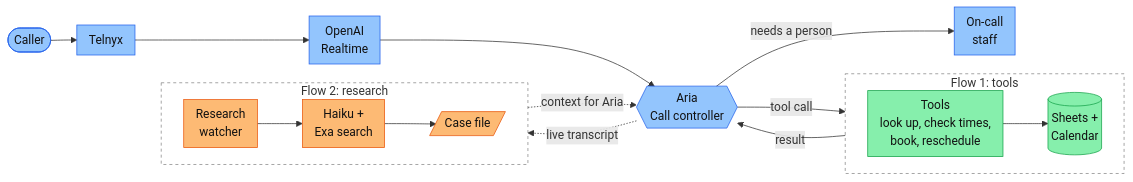
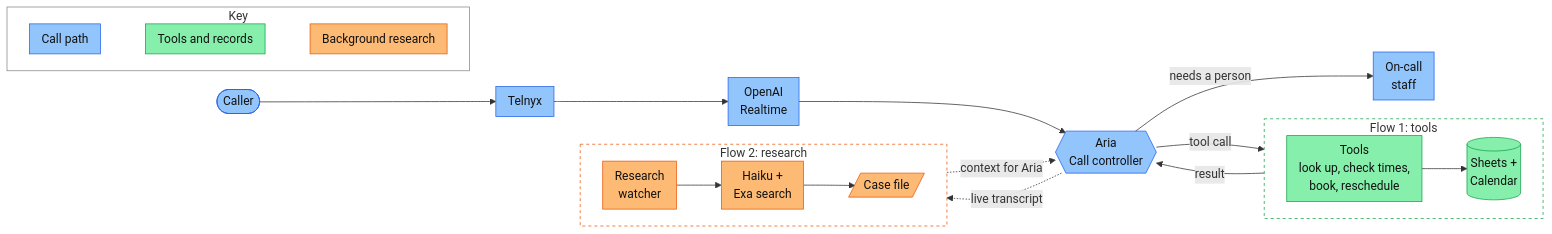
The diagram in README.md (sinmi-hub/SummitAir), drawn with Mermaid before and after one commit.

Commit message:
fix: add a color key to the README diagram
- Key names the three colors: call path, tools and records, background research
- Flow lanes are outlined in their own color

````diff
--- a/README.md
+++ b/README.md
@@ -21,31 +21,40 @@
 ```mermaid
 %%{init: {"flowchart": {"curve": "basis", "nodeSpacing": 25, "rankSpacing": 35, "padding": 8}}}%%
 flowchart LR
   Caller(["Caller"]) --> Telnyx["Telnyx"] --> OpenAI["OpenAI<br/>Realtime"] --> Core{{"Aria<br/>Call controller"}}
 
   subgraph Flow1["Flow 1: tools"]
     direction LR
     Tools["Tools<br/>look up, check times,<br/>book, reschedule"] --> Records[("Sheets +<br/>Calendar")]
   end
 
   subgraph Flow2["Flow 2: research"]
     direction LR
     Watcher["Research<br/>watcher"] --> Search["Haiku +<br/>Exa search"] --> Case[/"Case file"/]
   end
 
   Core -->|"tool call"| Tools
   Core -.->|"live transcript"| Watcher
   Records -->|"result"| Core
   Case -.->|"context for Aria"| Core
   Core -->|"needs a person"| Human["On-call<br/>staff"]
 
   classDef voice fill:#93c5fd,stroke:#2563eb,color:#111
   classDef tools fill:#86efac,stroke:#16a34a,color:#111
   classDef research fill:#fdba74,stroke:#ea580c,color:#111
   class Caller,Telnyx,OpenAI,Core,Human voice
   class Tools,Records tools
   class Watcher,Search,Case research
 
-  style Flow1 fill:transparent,stroke:#888,stroke-dasharray:4 4
-  style Flow2 fill:transparent,stroke:#888,stroke-dasharray:4 4
+  subgraph Key["Key"]
+    direction LR
+    K1["Call path"] ~~~ K2["Tools and records"] ~~~ K3["Background research"]
+  end
+  class K1 voice
+  class K2 tools
+  class K3 research
+
+  style Flow1 fill:transparent,stroke:#16a34a,stroke-dasharray:4 4
+  style Flow2 fill:transparent,stroke:#ea580c,stroke-dasharray:4 4
+  style Key fill:transparent,stroke:#888
 ```
````
